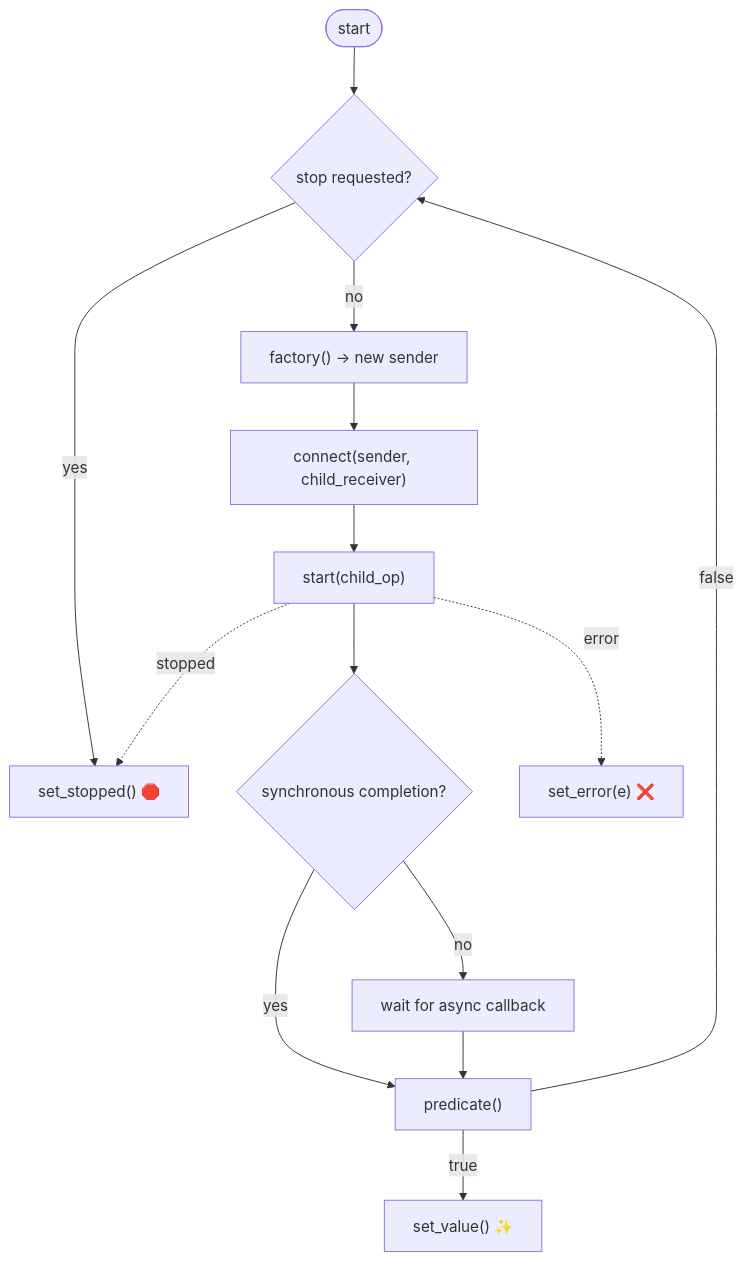
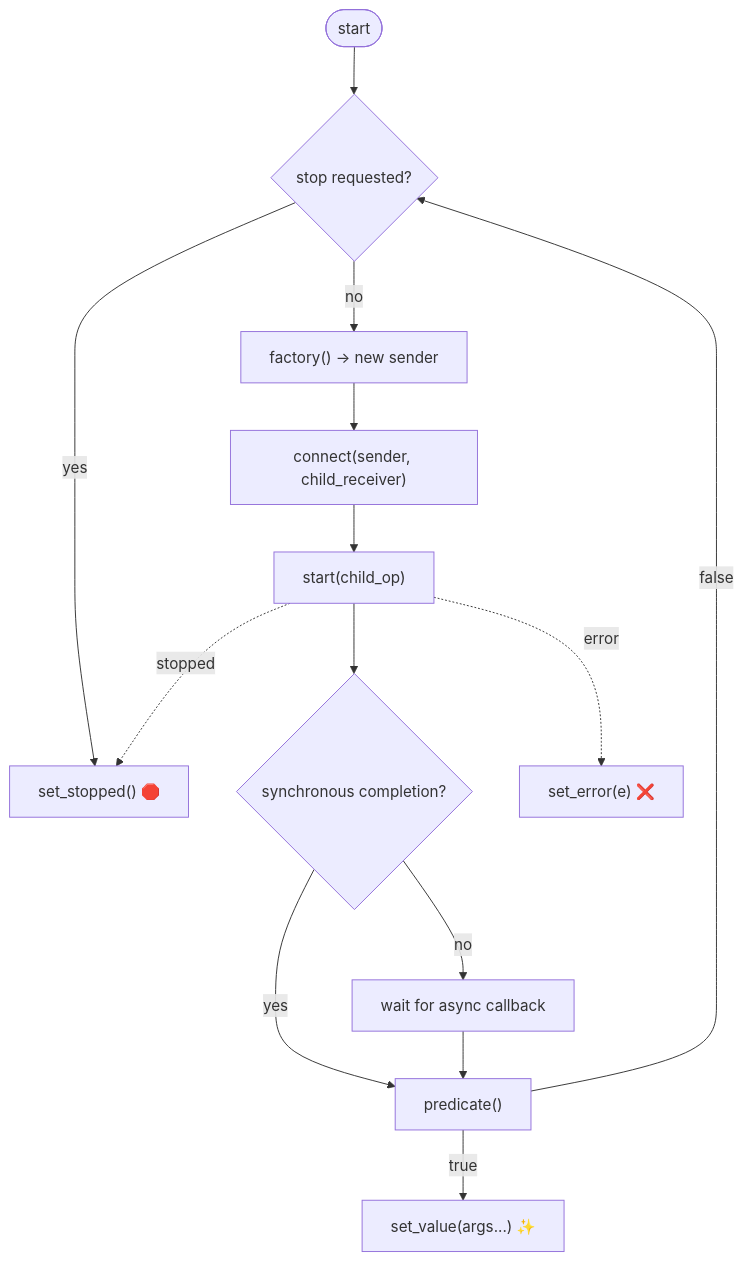
One commit to haomingbai/bexec changed the third of 3 diagrams in docs/usage/algorithms.md. Above: the diagram before and after it, drawn with Mermaid. The commit also changed other lines of this file and 8 other files, not shown here.

````diff
--- a/docs/usage/algorithms.md
+++ b/docs/usage/algorithms.md
@@ -117,19 +118,19 @@
 ```mermaid
 flowchart TD
     START([start]) --> CHECK_STOP{"stop requested?"}
     CHECK_STOP -->|yes| STOPPED["set_stopped() 🛑"]
     CHECK_STOP -->|no| FACTORY["factory() → new sender"]
     FACTORY --> CONNECT["connect(sender, child_receiver)"]
     CONNECT --> START_CHILD["start(child_op)"]
 
     START_CHILD --> SYNC{"synchronous completion?"}
     SYNC -->|yes| PRED["predicate()"]
     SYNC -->|no| WAIT["wait for async callback"]
     WAIT --> PRED
 
-    PRED -->|true| DONE["set_value() ✨"]
+    PRED -->|true| DONE["set_value(args...) ✨"]
     PRED -->|false| CHECK_STOP
 
     START_CHILD -.->|error| ERROR["set_error(e) ❌"]
     START_CHILD -.->|stopped| STOPPED
 ```
````
